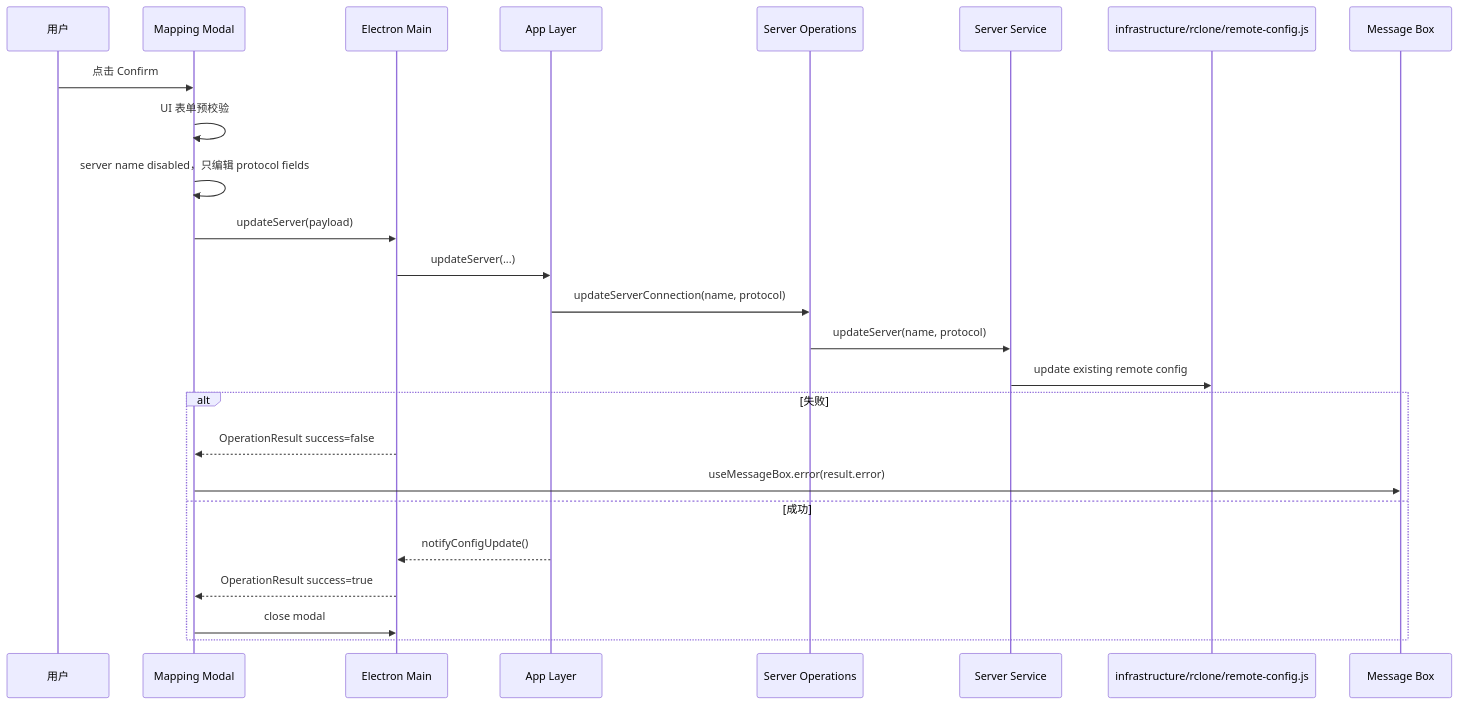
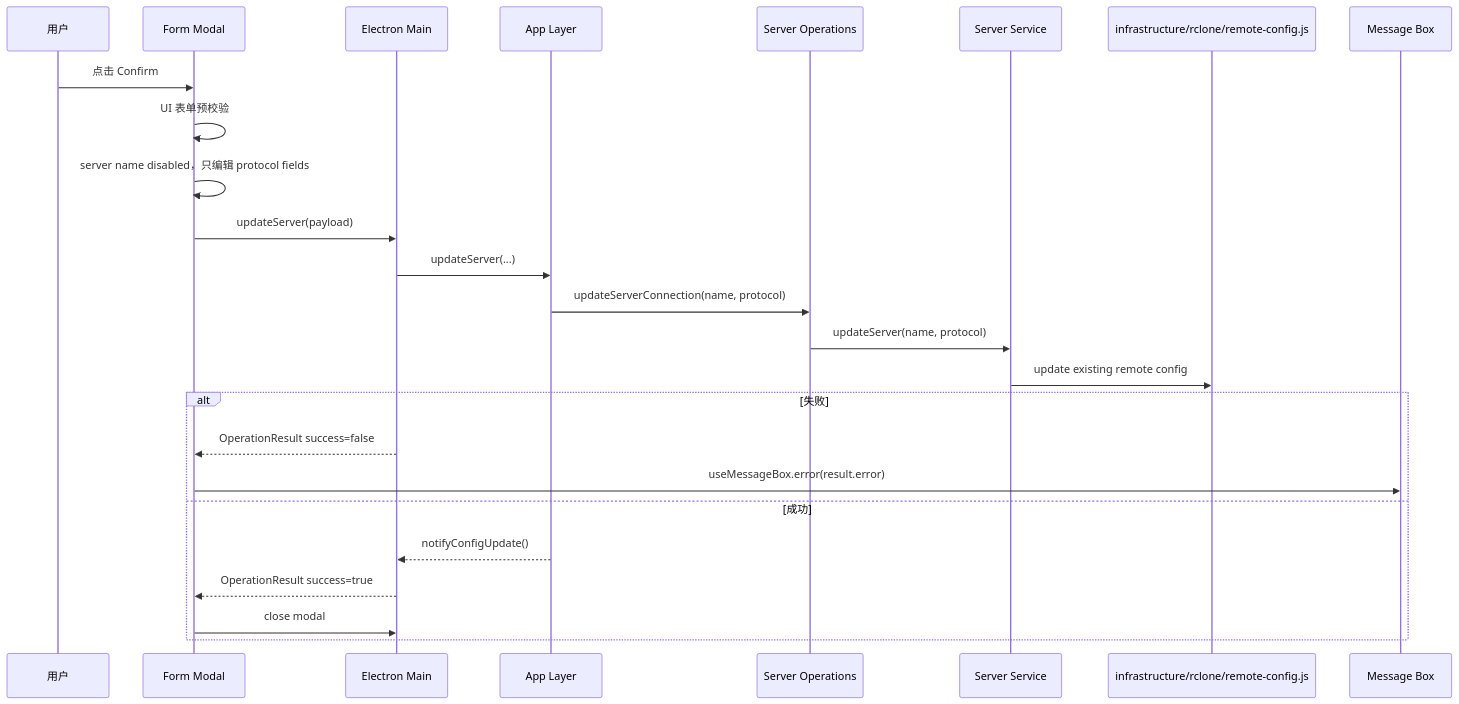
One commit to agalloch21/sync-with-rclone changed diagram 14 of 15 in docs/Flows.md. Above: the diagram before and after it, drawn with Mermaid. The commit also changed other lines of this file and 10 other files, not shown here.

````diff
--- a/docs/Flows.md
+++ b/docs/Flows.md
@@ -465,28 +472,28 @@
 ```mermaid
 sequenceDiagram
   participant U as 用户
-  participant M as Mapping Modal
+  participant M as Form Modal
   participant EM as Electron Main
   participant APP as App Layer
   participant SO as Server Operations
   participant SS as Server Service
   participant RC as infrastructure/rclone/remote-config.js
   participant MB as Message Box
 
   U->>M: 点击 Confirm
   M->>M: UI 表单预校验
   M->>M: server name disabled，只编辑 protocol fields
   M->>EM: updateServer(payload)
   EM->>APP: updateServer(...)
   APP->>SO: updateServerConnection(name, protocol)
   SO->>SS: updateServer(name, protocol)
   SS->>RC: update existing remote config
   alt 失败
     EM-->>M: OperationResult success=false
     M->>MB: useMessageBox.error(result.error)
   else 成功
     APP-->>EM: notifyConfigUpdate()
     EM-->>M: OperationResult success=true
     M->>EM: close modal
   end
 ```
````
